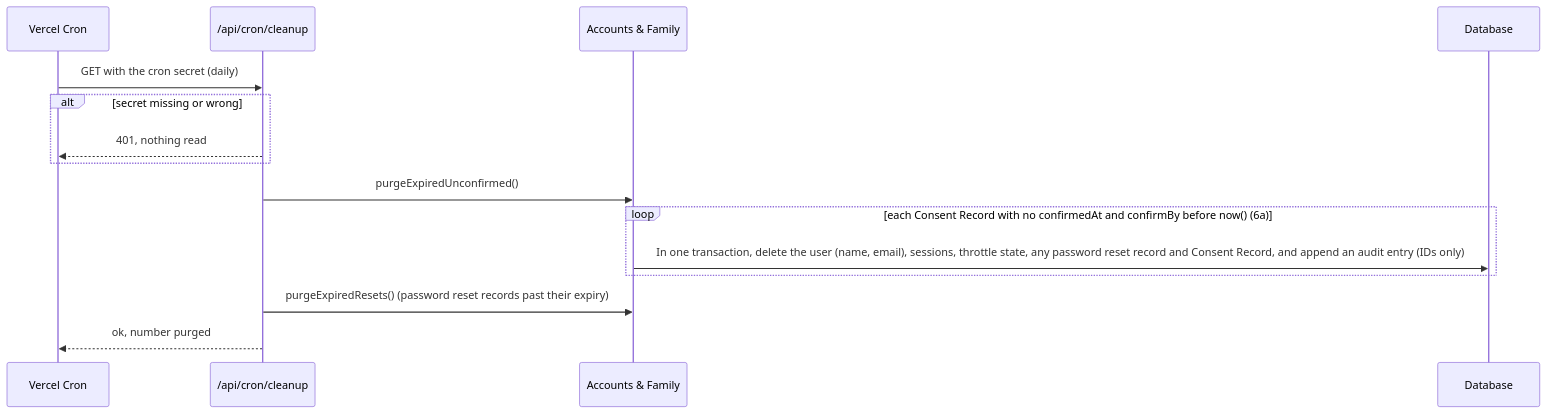
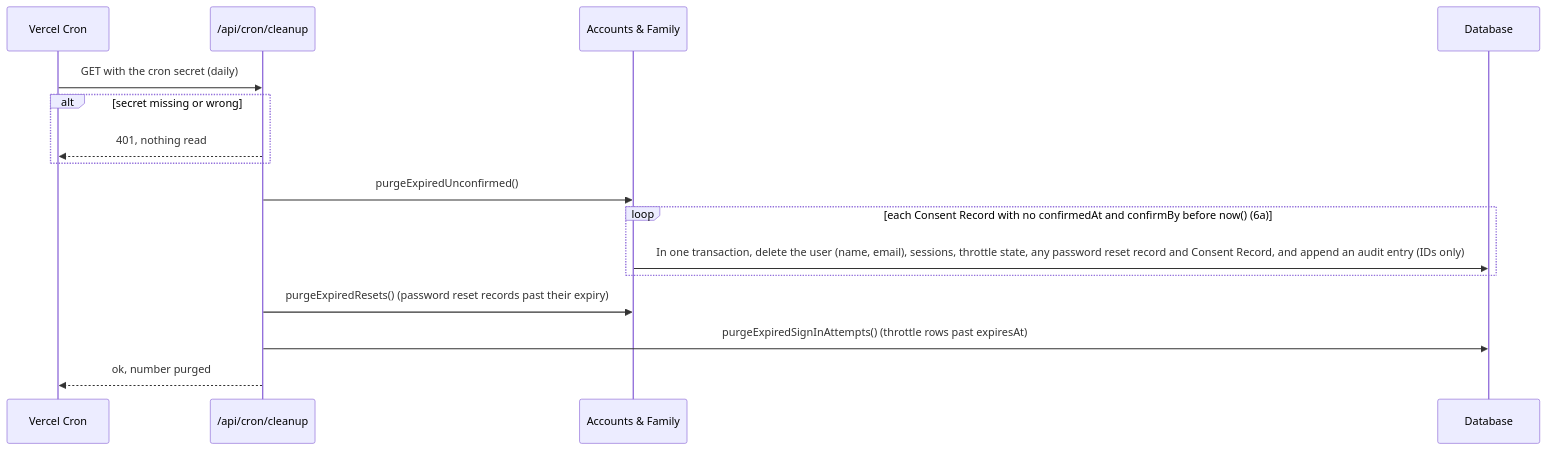
Before and after one commit to videogames21/book_buddies: the sixth of 10 diagrams in design/par.md, drawn with Mermaid. The commit also changed other lines of this file and 17 other files, not shown here.

````diff
--- a/design/par.md
+++ b/design/par.md
@@ -462,17 +462,18 @@
 ```mermaid
 sequenceDiagram
     participant CRON as Vercel Cron
     participant R as /api/cron/cleanup
     participant AF as Accounts & Family
     participant DB as Database
     CRON->>R: GET with the cron secret (daily)
     alt secret missing or wrong
         R-->>CRON: 401, nothing read
     end
     R->>AF: purgeExpiredUnconfirmed()
     loop each Consent Record with no confirmedAt and confirmBy before now() (6a)
         AF->>DB: In one transaction, delete the user (name, email), sessions, throttle state, any password reset record and Consent Record, and append an audit entry (IDs only)
     end
     R->>AF: purgeExpiredResets() (password reset records past their expiry)
+    R->>DB: purgeExpiredSignInAttempts() (throttle rows past expiresAt)
     R-->>CRON: ok, number purged
 ```
````
